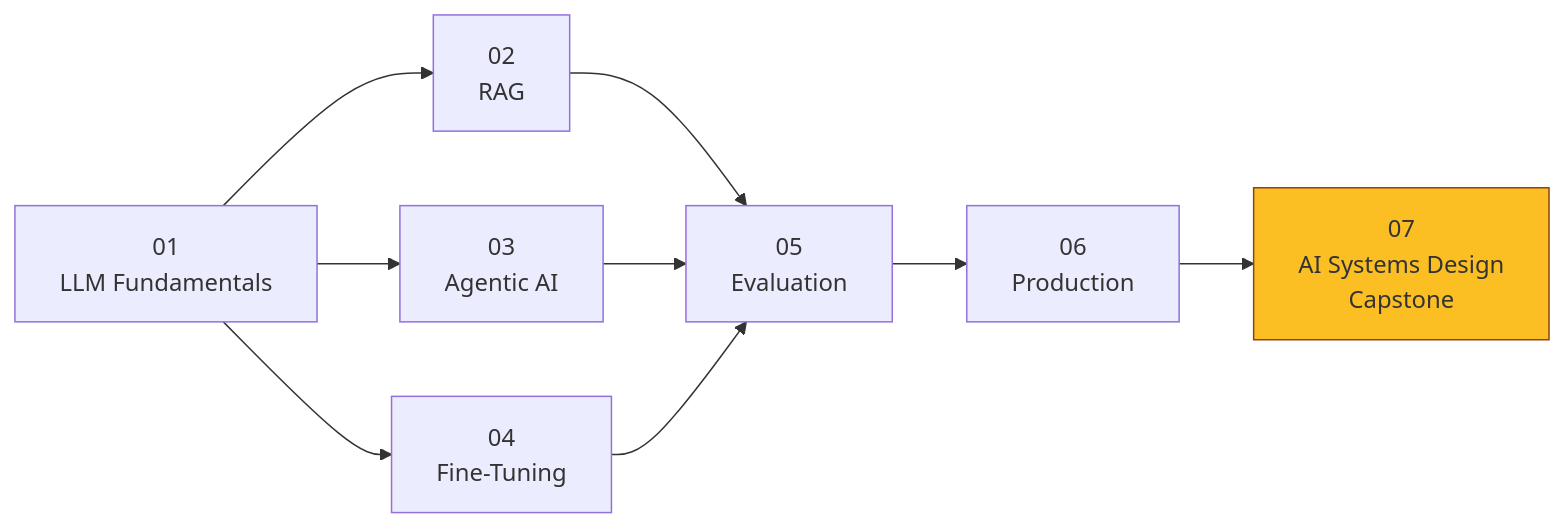
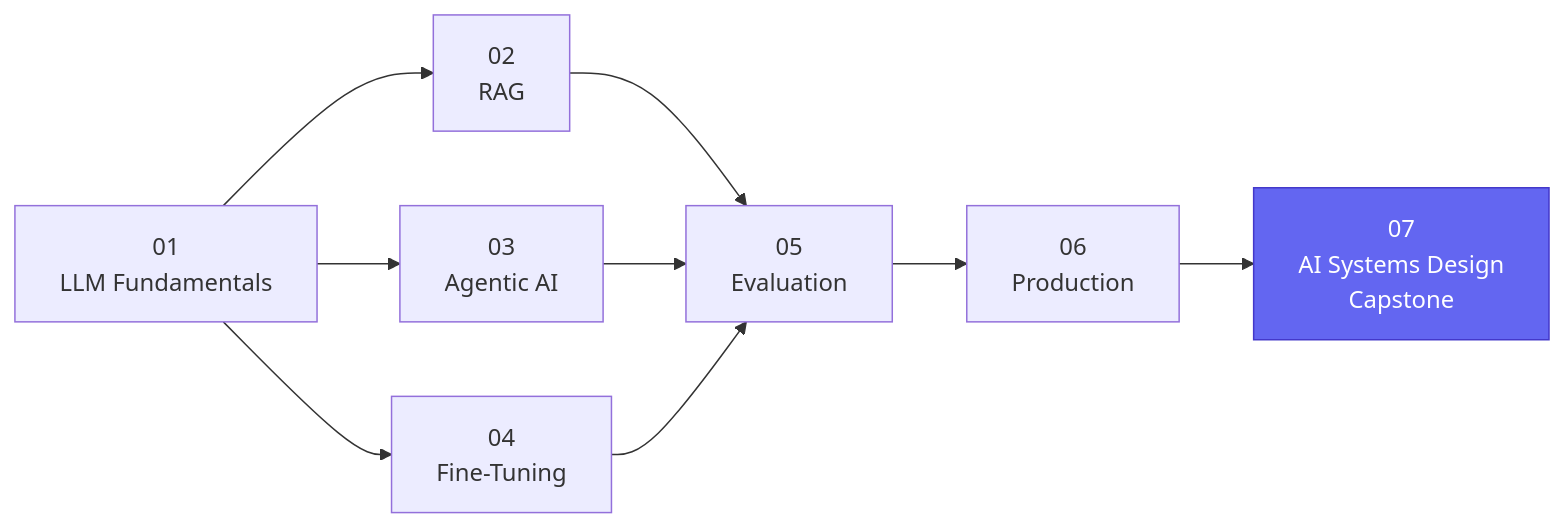
The diagram in README.md (Khalid7466/ai-engineering), drawn with Mermaid before and after one commit. The commit also changed 1 other file, not shown here.

Commit message:
fix: correct broken RAG link and update capstone node color
- fix(04-fine-tuning): fix broken cross-reference ../03-rag -> ../02-rag
- style(README): replace garish yellow capstone with indigo (#6366f1)

````diff
--- a/README.md
+++ b/README.md
@@ -37,13 +37,13 @@
 ```mermaid
 graph LR
     A[01\nLLM Fundamentals] --> B[02\nRAG]
     A --> C[03\nAgentic AI]
     A --> D[04\nFine-Tuning]
     B --> E[05\nEvaluation]
     C --> E
     D --> E
     E --> F[06\nProduction]
     F --> G[07\nAI Systems Design\nCapstone]
 
-    style G fill:#fbbf24,stroke:#92400e
+    style G fill:#6366f1,stroke:#4338ca,color:#fff
 ```
````
